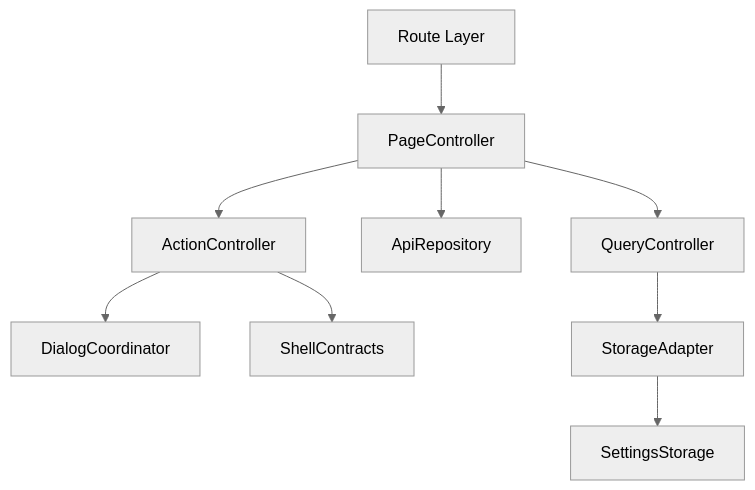
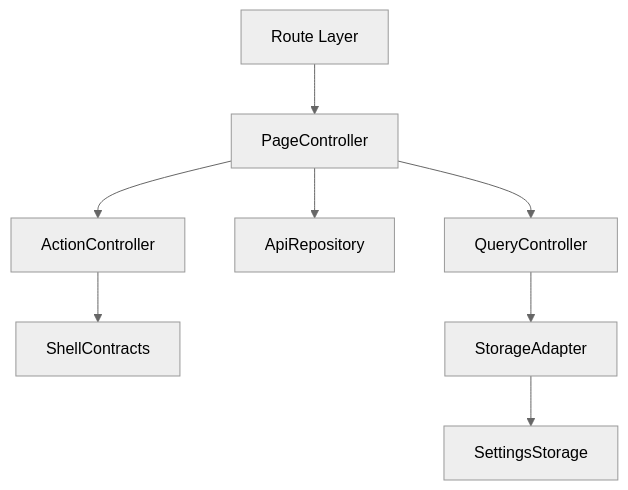
One commit to l3tnun/EPGStation changed the first of 2 diagrams in .kiro/specs/frontend-video-playback/design.md. Above: the diagram before and after it, drawn with Mermaid (neutral theme). The commit also changed other lines of this file and 29 other files, not shown here.

````diff
--- a/.kiro/specs/frontend-video-playback/design.md
+++ b/.kiro/specs/frontend-video-playback/design.md
@@ -64,11 +64,10 @@
 ```mermaid
 graph TB
     RouteLayer[Route Layer] --> PageController
     PageController --> QueryController
     PageController --> ApiRepository
     PageController --> ActionController
-    ActionController --> DialogCoordinator
     ActionController --> ShellContracts
     QueryController --> StorageAdapter
     StorageAdapter --> SettingsStorage
 ```
````
